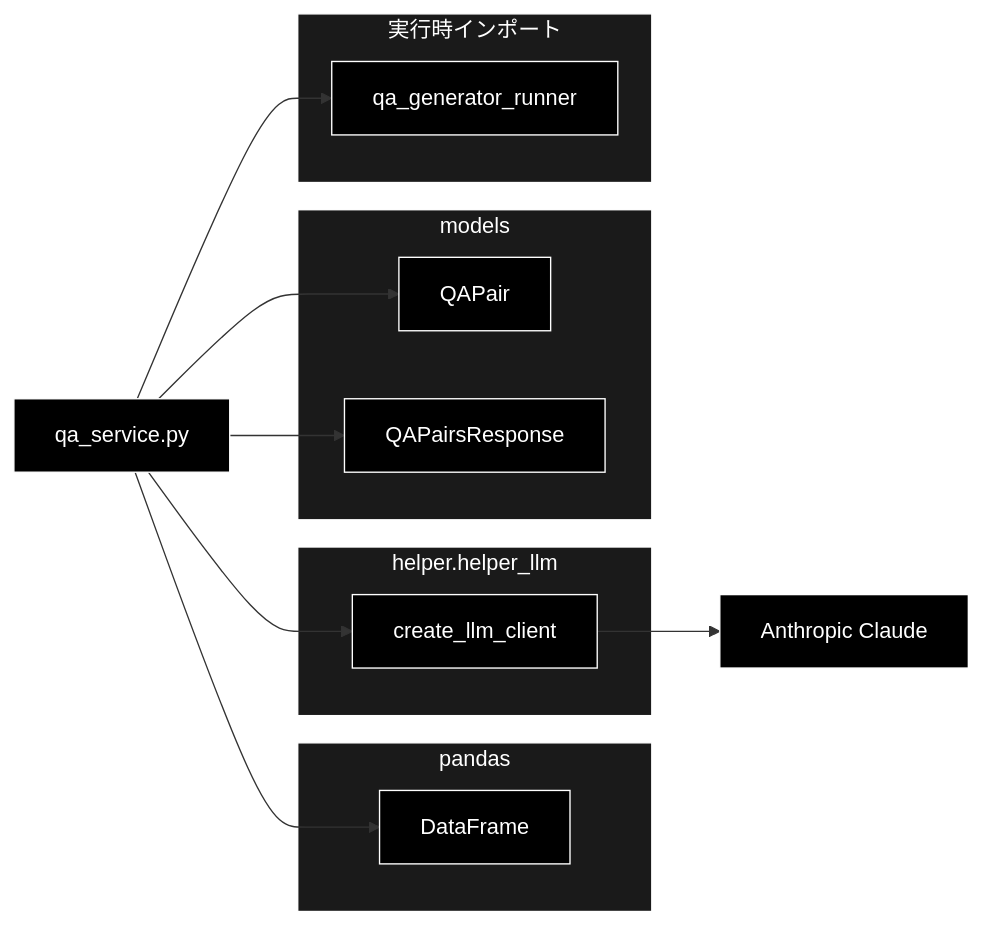
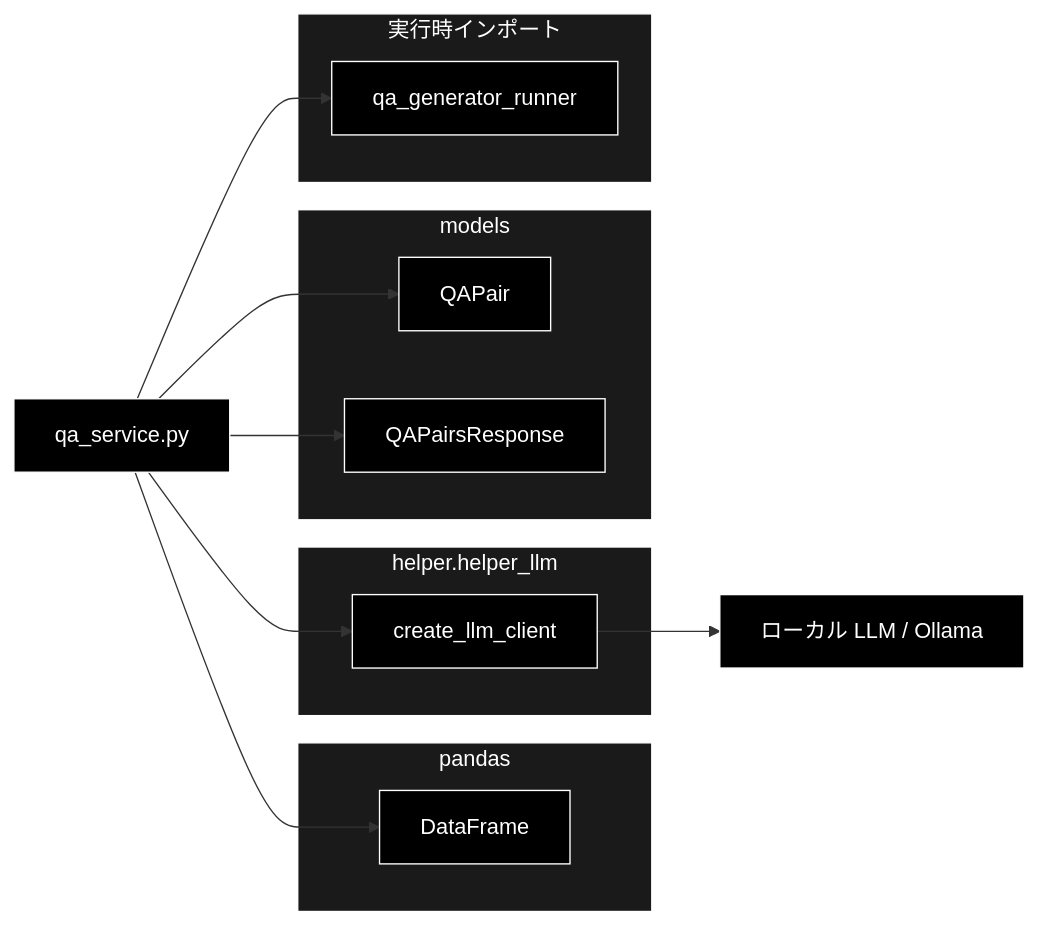
One commit to nakashima2toshio/grace_v2_local changed the third of 3 diagrams in services/docs/qa_service.md. Above: the diagram before and after it, drawn with Mermaid. The commit also changed other lines of this file and 17 other files, not shown here.

````diff
--- a/services/docs/qa_service.md
+++ b/services/docs/qa_service.md
@@ -596,35 +596,35 @@
 ```mermaid
 flowchart LR
     QASERVICE["qa_service.py"]
 
     subgraph PANDAS["pandas"]
         DF["DataFrame"]
     end
 
     subgraph HELPER["helper.helper_llm"]
         LLMCLIENT["create_llm_client"]
     end
 
     subgraph MODELSPKG["models"]
         QAPAIR["QAPair"]
         QARESP["QAPairsResponse"]
     end
 
     subgraph RUNTIME["実行時インポート"]
         RUNNER["qa_generator_runner"]
     end
 
     QASERVICE --> DF
     QASERVICE --> LLMCLIENT
     QASERVICE --> QAPAIR
     QASERVICE --> QARESP
     QASERVICE --> RUNNER
-    LLMCLIENT --> CLAUDE["Anthropic Claude"]
+    LLMCLIENT --> OLLAMA["ローカル LLM / Ollama"]
 classDef default fill:#000,stroke:#fff,color:#fff
 classDef subgraphStyle fill:#1a1a1a,stroke:#fff,color:#fff
-class QASERVICE,DF,LLMCLIENT,QAPAIR,QARESP,RUNNER,CLAUDE default
+class QASERVICE,DF,LLMCLIENT,QAPAIR,QARESP,RUNNER,OLLAMA default
 style PANDAS fill:#1a1a1a,stroke:#fff,color:#fff
 style HELPER fill:#1a1a1a,stroke:#fff,color:#fff
 style MODELSPKG fill:#1a1a1a,stroke:#fff,color:#fff
 style RUNTIME fill:#1a1a1a,stroke:#fff,color:#fff
 ```
````
